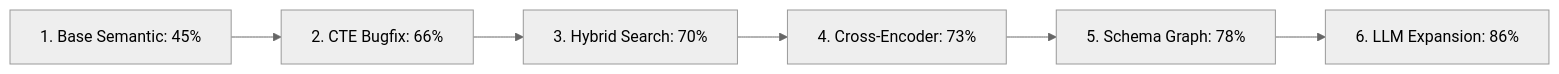
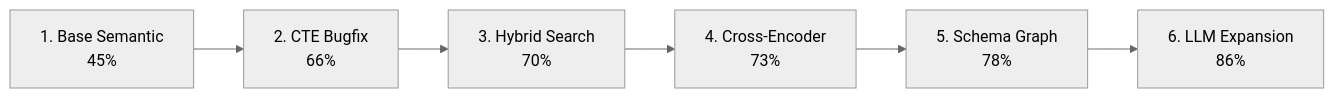
The first of 3 diagrams in README.md (ANANYA542/text-to-sql-api), drawn with Mermaid (neutral theme) before and after one commit. The commit also changed other lines of this file and 17 other files, not shown here.

````diff
--- a/README.md
+++ b/README.md
@@ -15,8 +51,8 @@
 ```mermaid
 graph LR
-    A[1. Base Semantic: 45%] --> B[2. CTE Bugfix: 66%]
-    B --> C[3. Hybrid Search: 70%]
-    C --> D[4. Cross-Encoder: 73%]
-    D --> E[5. Schema Graph: 78%]
-    E --> F[6. LLM Expansion: 86%]
+    A["1. Base Semantic<br/>45%"] --> B["2. CTE Bugfix<br/>66%"]
+    B --> C["3. Hybrid Search<br/>70%"]
+    C --> D["4. Cross-Encoder<br/>73%"]
+    D --> E["5. Schema Graph<br/>78%"]
+    E --> F["6. LLM Expansion<br/>86%"]
 ```
````
